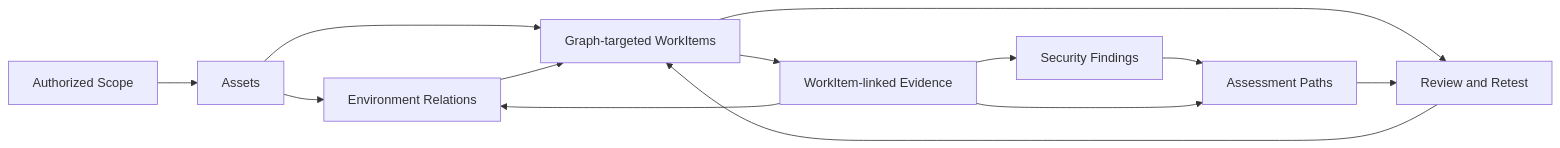
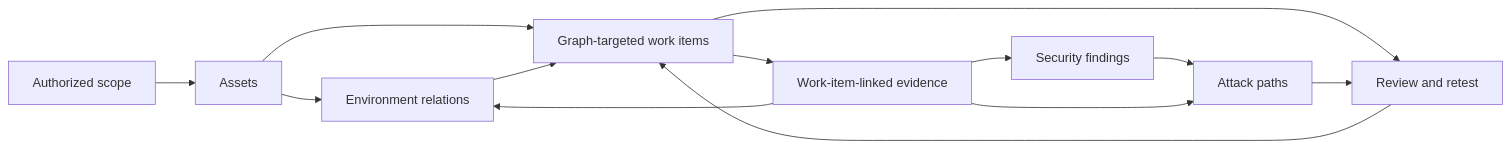
Before and after one commit to 1sLand99/Z3r0: the second of 3 diagrams in docs/en/guide/overview.md, drawn with Mermaid. The commit also changed other lines of this file and 32 other files, not shown here.

````diff
--- a/docs/en/guide/overview.md
+++ b/docs/en/guide/overview.md
@@ -71,23 +86,23 @@
 ```mermaid
 flowchart LR
-  Scope["Authorized Scope"]
+  Scope["Authorized scope"]
   Assets["Assets"]
-  Relations["Environment Relations"]
-  Work["Graph-targeted WorkItems"]
-  Evidence["WorkItem-linked Evidence"]
-  Findings["Security Findings"]
-  Paths["Assessment Paths"]
-  Review["Review and Retest"]
+  Relations["Environment relations"]
+  Work["Graph-targeted work items"]
+  Evidence["Work-item-linked evidence"]
+  Findings["Security findings"]
+  Paths["Attack paths"]
+  Review["Review and retest"]
 
   Scope --> Assets --> Relations
   Assets --> Work
   Relations --> Work
   Work --> Evidence
   Evidence --> Relations
   Evidence --> Findings
   Findings --> Paths
   Evidence --> Paths
   Work --> Review
   Paths --> Review
   Review --> Work
 ```
````
